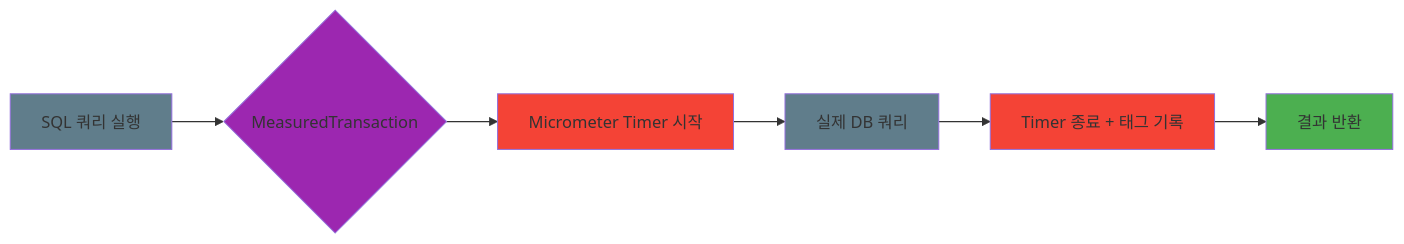
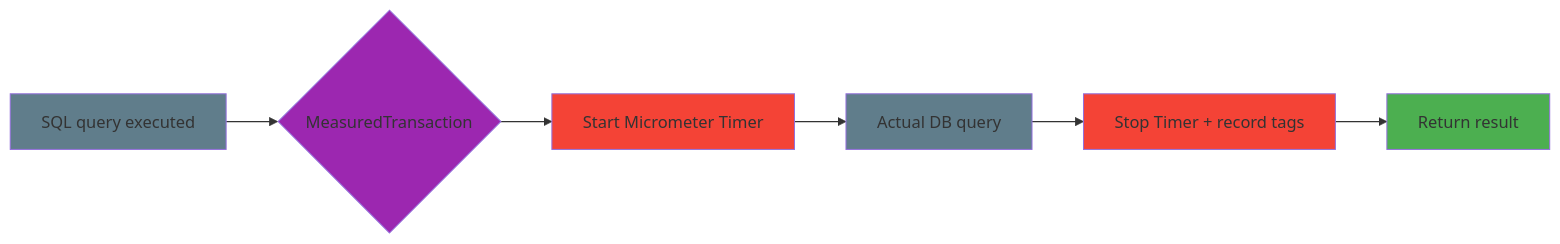
One commit to bluetape4k/bluetape4k-projects changed the second of 3 diagrams in data/exposed-measured/README.md. Above: the diagram before and after it, drawn with Mermaid. The commit also changed other lines of this file and 265 other files, not shown here.

````diff
--- a/data/exposed-measured/README.md
+++ b/data/exposed-measured/README.md
@@ -79,15 +80,15 @@
 ```mermaid
 flowchart LR
-    A[SQL 쿼리 실행] --> B{MeasuredTransaction}
-    B --> C[Micrometer Timer 시작]
-    C --> D[실제 DB 쿼리]
-    D --> E[Timer 종료 + 태그 기록]
-    E --> F[결과 반환]
+    A[SQL query executed] --> B{MeasuredTransaction}
+    B --> C[Start Micrometer Timer]
+    C --> D[Actual DB query]
+    D --> E[Stop Timer + record tags]
+    E --> F[Return result]
 
     style A fill:#607D8B
     style B fill:#9C27B0
     style C fill:#F44336
     style D fill:#607D8B
     style E fill:#F44336
     style F fill:#4CAF50
 ```
````
